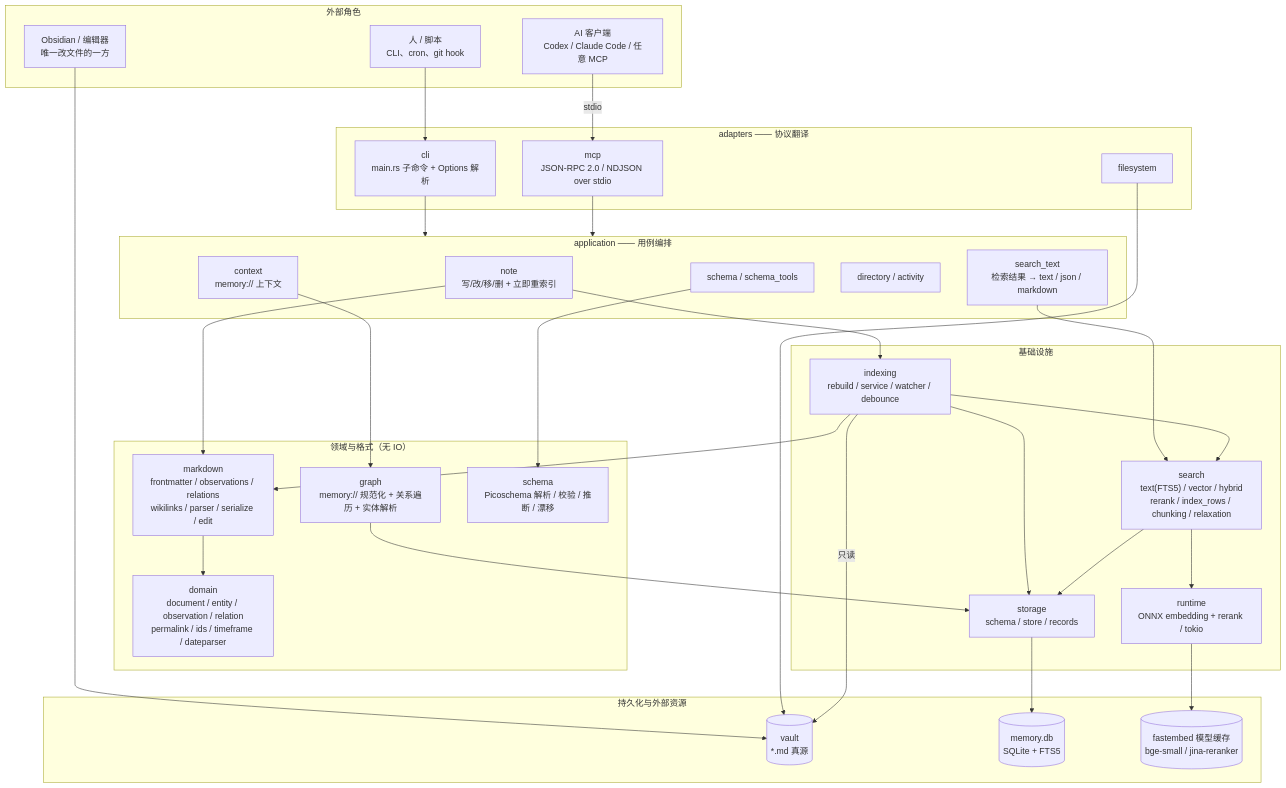
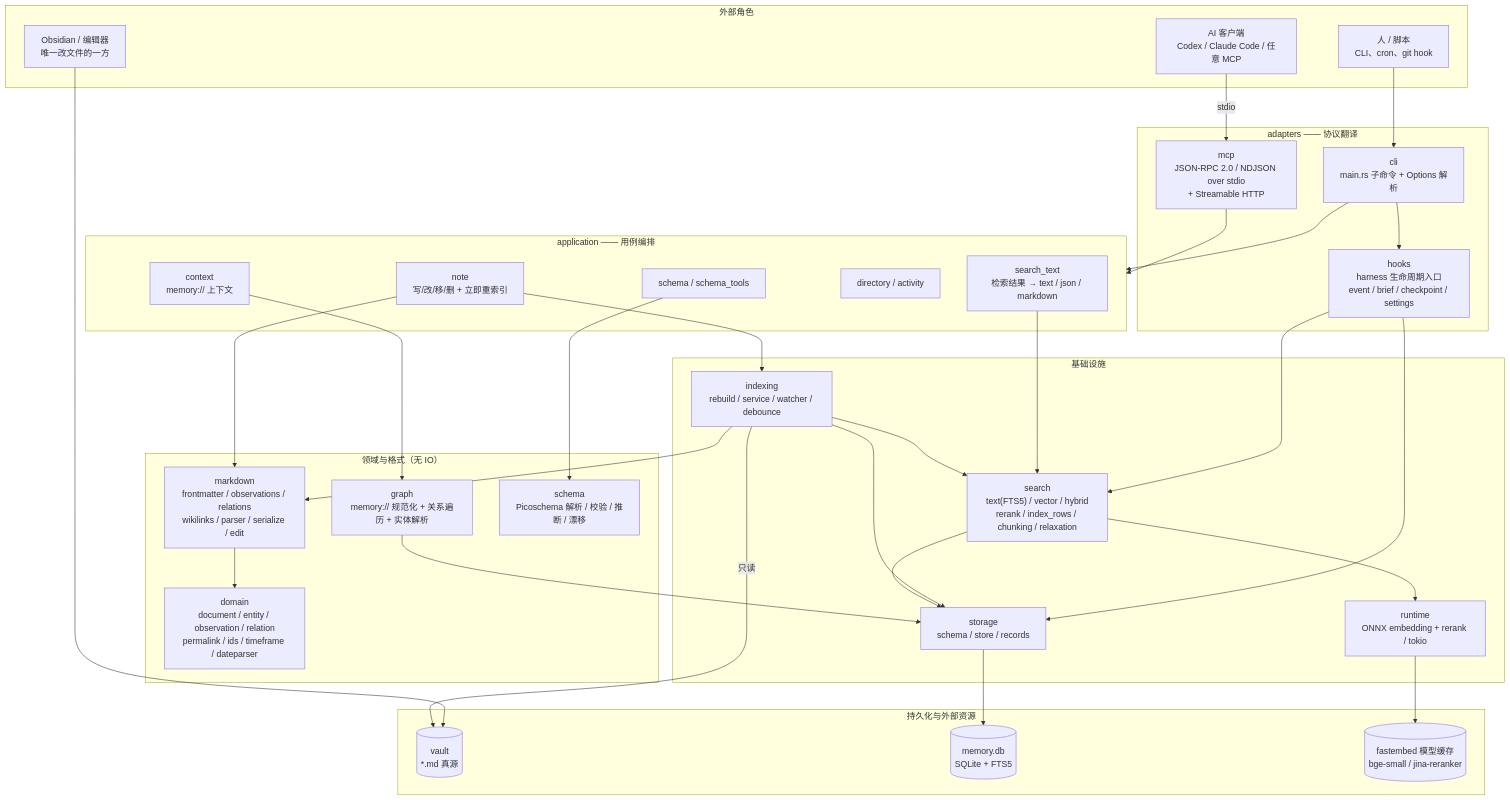
Before and after one commit to rust-infra/auto-memory-rs: the first of 12 diagrams in docs/architecture-guide.md, drawn with Mermaid. The commit also changed other lines of this file and 20 other files, not shown here.

````diff
--- a/docs/architecture-guide.md
+++ b/docs/architecture-guide.md
@@ -20,64 +20,66 @@
 ```mermaid
 flowchart TB
     subgraph OUTER["外部角色"]
         OBS["Obsidian / 编辑器<br/>唯一改文件的一方"]
         AGENT["AI 客户端<br/>Codex / Claude Code / 任意 MCP"]
         HUMAN["人 / 脚本<br/>CLI、cron、git hook"]
     end
 
     subgraph ADAPTERS["adapters —— 协议翻译"]
         CLI["cli<br/>main.rs 子命令 + Options 解析"]
-        MCPSRV["mcp<br/>JSON-RPC 2.0 / NDJSON over stdio"]
-        FSA["filesystem"]
+        MCPSRV["mcp<br/>JSON-RPC 2.0 / NDJSON over stdio<br/>+ Streamable HTTP"]
+        HOOKS["hooks<br/>harness 生命周期入口<br/>event / brief / checkpoint / settings"]
     end
 
     subgraph APP["application —— 用例编排"]
         NOTE["note<br/>写/改/移/删 + 立即重索引"]
         STXT["search_text<br/>检索结果 → text / json / markdown"]
         CTX["context<br/>memory:// 上下文"]
         DIR["directory / activity"]
         SCHAPP["schema / schema_tools"]
     end
 
     subgraph CORE["领域与格式（无 IO）"]
         DOM["domain<br/>document / entity / observation / relation<br/>permalink / ids / timeframe / dateparser"]
         MDP["markdown<br/>frontmatter / observations / relations<br/>wikilinks / parser / serialize / edit"]
         GRAPH["graph<br/>memory:// 规范化 + 关系遍历 + 实体解析"]
         SCHEMA["schema<br/>Picoschema 解析 / 校验 / 推断 / 漂移"]
     end
 
     subgraph INFRA["基础设施"]
         IDX["indexing<br/>rebuild / service / watcher / debounce"]
         SEARCH["search<br/>text(FTS5) / vector / hybrid<br/>rerank / index_rows / chunking / relaxation"]
         STORE["storage<br/>schema / store / records"]
         RT["runtime<br/>ONNX embedding + rerank / tokio"]
     end
 
     subgraph DATA["持久化与外部资源"]
         VAULT[("vault<br/>*.md 真源")]
         DB[("memory.db<br/>SQLite + FTS5")]
         MODELS[("fastembed 模型缓存<br/>bge-small / jina-reranker")]
     end
 
     OBS --> VAULT
     AGENT -->|"stdio"| MCPSRV
     HUMAN --> CLI
     CLI --> APP
+    CLI --> HOOKS
     MCPSRV --> APP
-    FSA --> VAULT
+    HOOKS --> STORE
+    HOOKS --> SEARCH
     NOTE --> MDP
     NOTE --> IDX
     STXT --> SEARCH
     CTX --> GRAPH
     SCHAPP --> SCHEMA
     MDP --> DOM
     GRAPH --> STORE
     IDX --> MDP
     IDX --> SEARCH
     IDX --> STORE
     SEARCH --> STORE
     SEARCH --> RT
     STORE --> DB
     IDX -->|"只读"| VAULT
     RT --> MODELS
 ```
````
